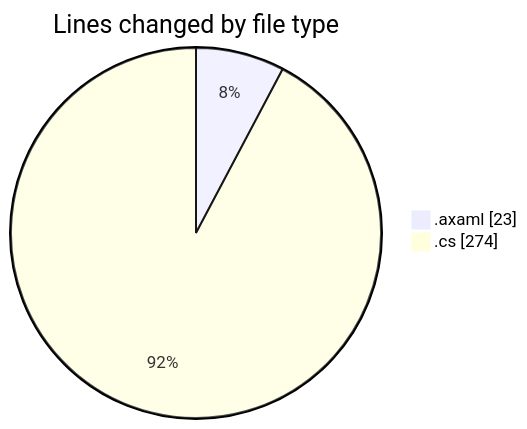
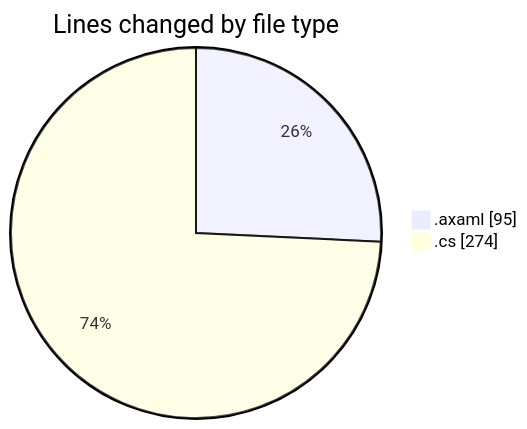
The first of 2 diagrams in 2025-11-01/skintrack/README.md (Netris89/code-tracking), drawn with Mermaid before and after one commit. The commit also changed other lines of this file and 1 other file, not shown here.

````diff
--- a/2025-11-01/skintrack/README.md
+++ b/2025-11-01/skintrack/README.md
@@ -22,6 +23,6 @@
 ```mermaid
 pie showData
 title Lines changed by file type
-".axaml" : 23
+".axaml" : 95
 ".cs" : 274
 ```
````
